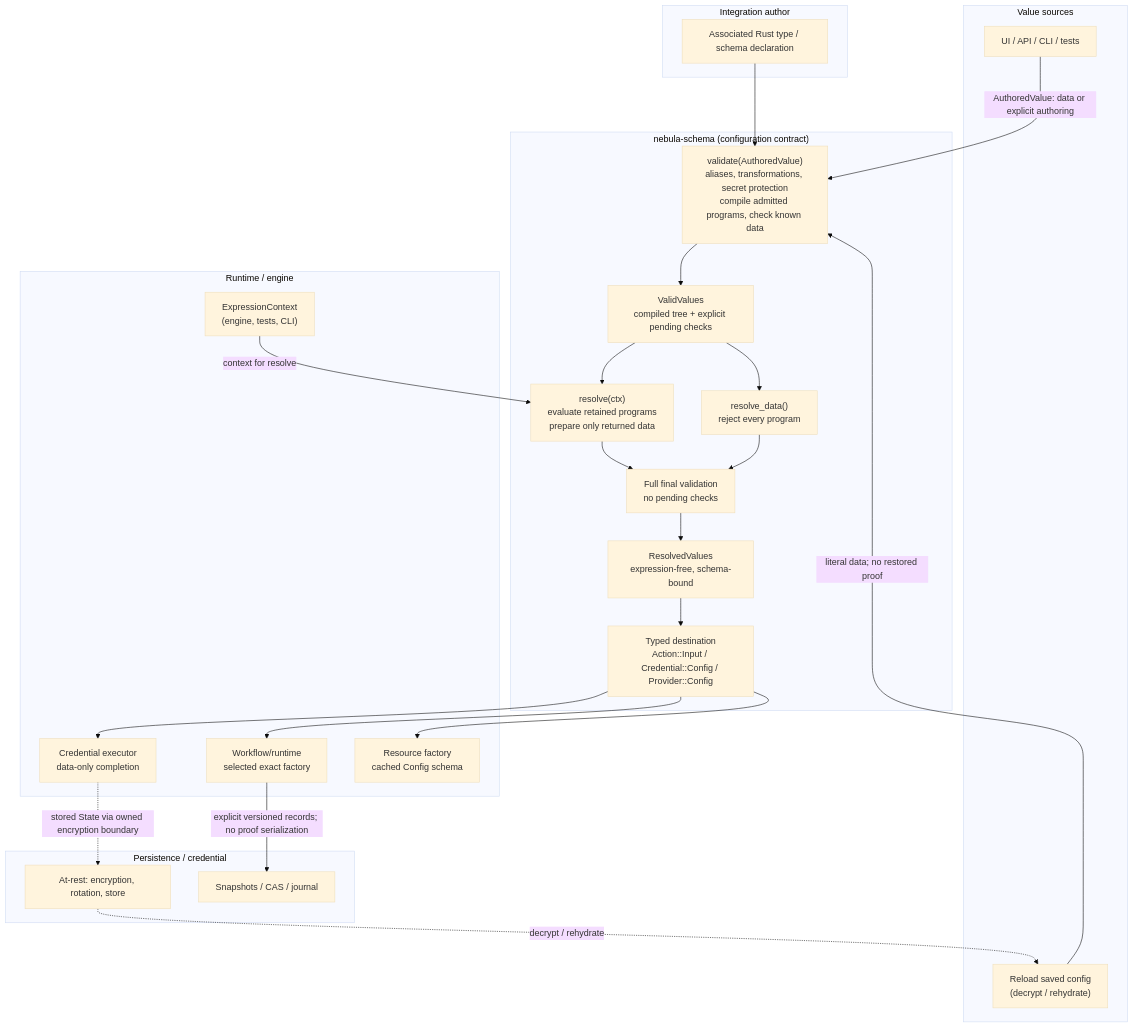
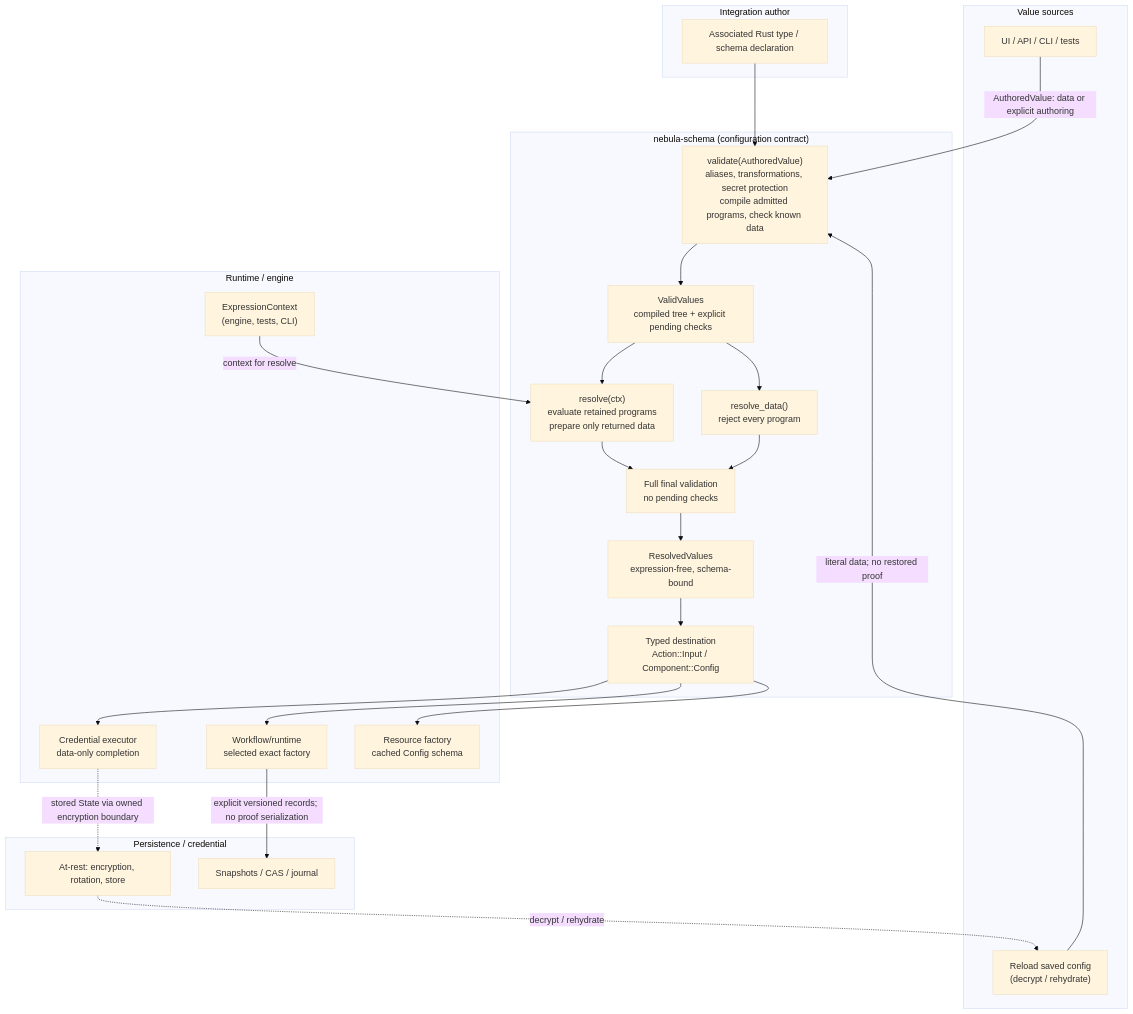
Before and after one commit to vanyastaff/nebula: the diagram in docs/INTEGRATION_MODEL.md, drawn with Mermaid (base theme). The commit also changed other lines of this file and 143 other files, not shown here.

First line of the commit message:
refactor(resource)!: a resource provider is a Component (#1226)

````diff
--- a/docs/INTEGRATION_MODEL.md
+++ b/docs/INTEGRATION_MODEL.md
@@ -325,52 +326,52 @@
 ```mermaid
 flowchart TB
   subgraph author["Integration author"]
     S["Associated Rust type / schema declaration"]
   end
 
   subgraph callers["Value sources"]
     UI["UI / API / CLI / tests"]
     LOAD["Reload saved config\n(decrypt / rehydrate)"]
   end
 
   subgraph schema["nebula-schema (configuration contract)"]
     VAL["validate(AuthoredValue)\naliases, transformations, secret protection\ncompile admitted programs, check known data"]
     VV["ValidValues\ncompiled tree + explicit pending checks"]
     RES["resolve(ctx)\nevaluate retained programs\nprepare only returned data"]
     DATA["resolve_data()\nreject every program"]
     FULL["Full final validation\nno pending checks"]
     RV["ResolvedValues\nexpression-free, schema-bound"]
-    TYPED["Typed destination\nAction::Input / Credential::Config / Provider::Config"]
+    TYPED["Typed destination\nAction::Input / Component::Config"]
   end
 
   subgraph runtime["Runtime / engine"]
     EX["ExpressionContext\n(engine, tests, CLI)"]
     WF["Workflow/runtime\nselected exact factory"]
     CRED["Credential executor\ndata-only completion"]
     RESOURCE["Resource factory\ncached Config schema"]
   end
 
   subgraph persist["Persistence / credential"]
     ENC["At-rest: encryption, rotation, store"]
     SNAP["Snapshots / CAS / journal"]
   end
 
   S --> VAL
   UI -->|"AuthoredValue: data or explicit authoring"| VAL
   LOAD -->|"literal data; no restored proof"| VAL
   ENC -.->|"decrypt / rehydrate"| LOAD
 
   VAL --> VV
   VV --> RES
   VV --> DATA
   EX -->|"context for resolve"| RES
   RES --> FULL
   DATA --> FULL
   FULL --> RV
   RV --> TYPED
   TYPED --> WF
   TYPED --> CRED
   TYPED --> RESOURCE
   WF -->|"explicit versioned records; no proof serialization"| SNAP
   CRED -.->|"stored State via owned encryption boundary"| ENC
 ```
````
